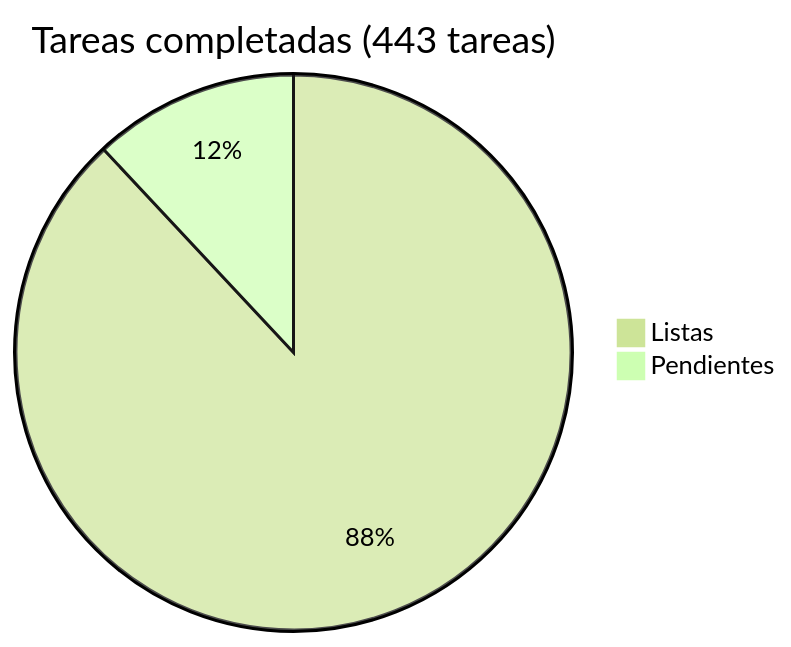
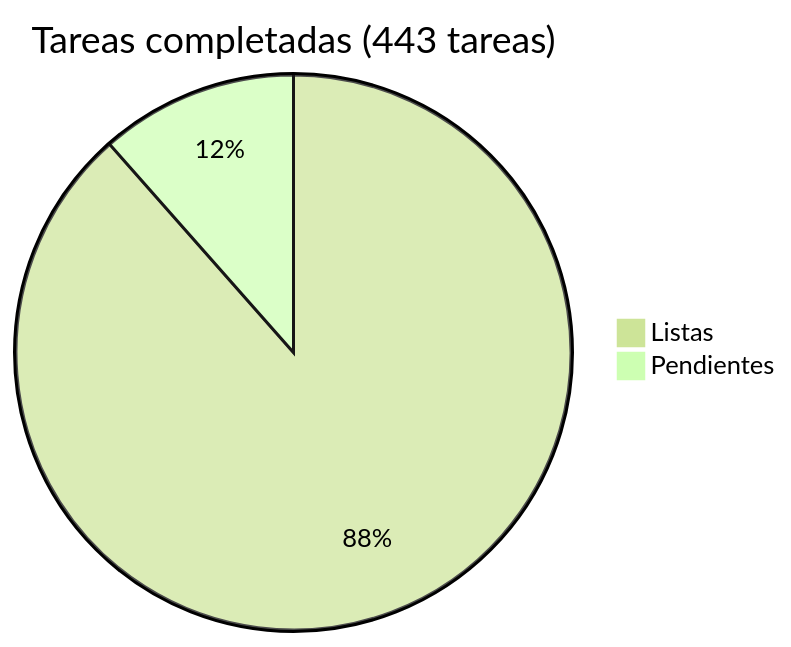
Before and after one commit to araguaney-lat/araguaney: the diagram in docs/roadmap/README.md, drawn with Mermaid (forest theme). The commit also changed other lines of this file and 12 other files, not shown here.

````diff
--- a/docs/roadmap/README.md
+++ b/docs/roadmap/README.md
@@ -5,5 +5,5 @@
 ```mermaid
 pie title Tareas completadas (443 tareas)
-    "Listas" : 390
-    "Pendientes" : 53
+    "Listas" : 392
+    "Pendientes" : 51
 ```
````
